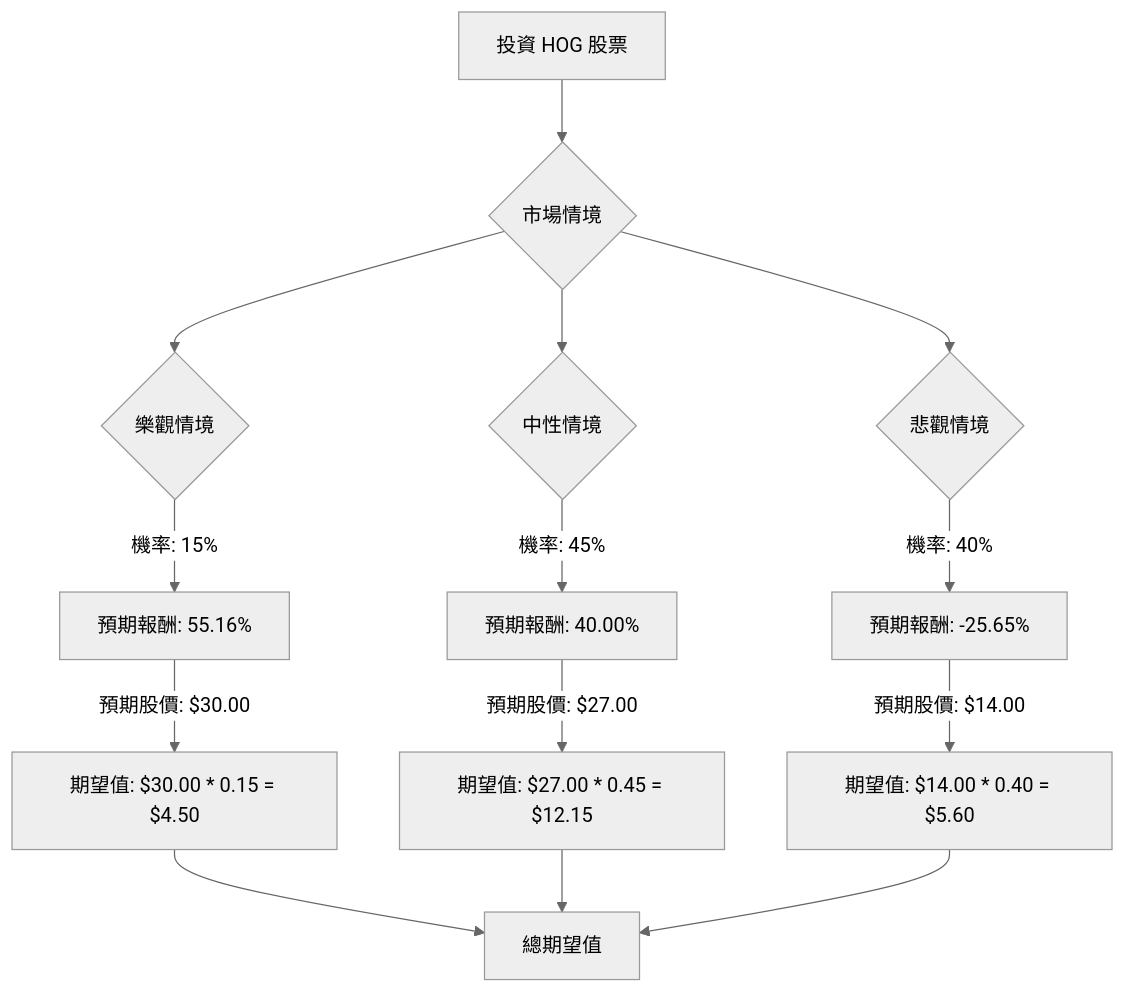
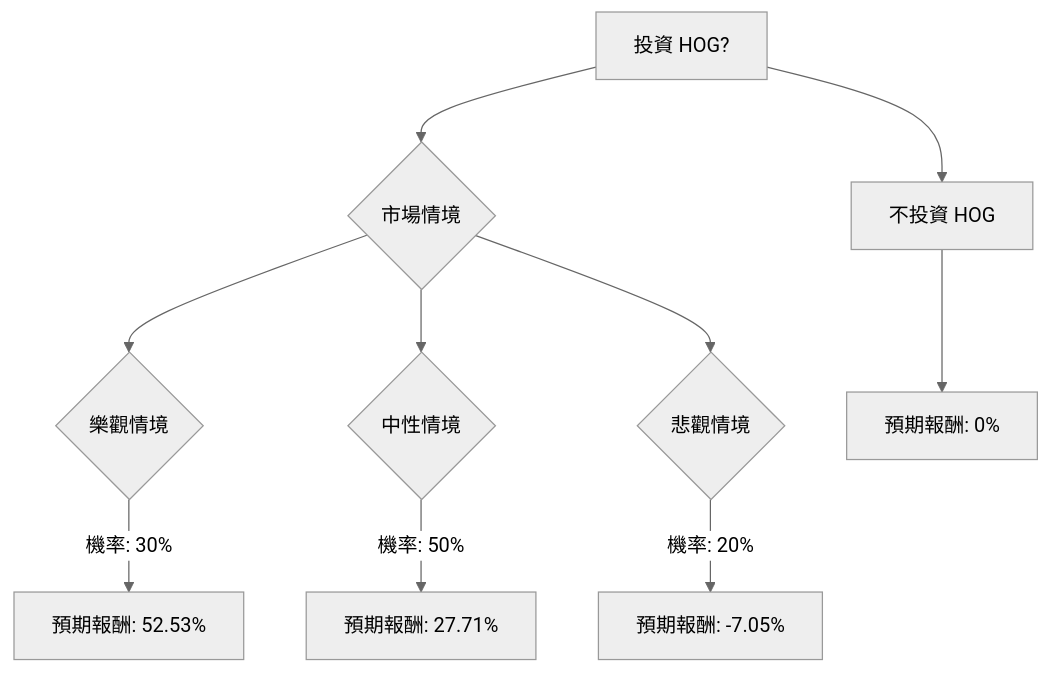
Before and after one commit to zmcx16/zmcx16.github.io: the diagram in plugin-react/ai-analysis/ev-analysis/HOG.md, drawn with Mermaid (neutral theme). The commit also changed other lines of this file and 70 other files, not shown here.

````diff
--- a/plugin-react/ai-analysis/ev-analysis/HOG.md
+++ b/plugin-react/ai-analysis/ev-analysis/HOG.md
@@ -28,18 +37,16 @@
 ```mermaid
 graph TD
-    A[投資 HOG 股票] --> B{市場情境}
+    A[投資 HOG?] --> B{市場情境};
 
-    B --> C{樂觀情境}
-    C -- 機率: 15% --> C1[預期報酬: 55.16%]
-    C1 -- 預期股價: $30.00 --> C2[期望值: $30.00 * 0.15 = $4.50]
+    B --> C{樂觀情境};
+    C -- 機率: 30% --> C1[預期報酬: 52.53%];
 
-    B --> D{中性情境}
-    D -- 機率: 45% --> D1[預期報酬: 40.00%]
-    D1 -- 預期股價: $27.00 --> D2[期望值: $27.00 * 0.45 = $12.15]
+    B --> D{中性情境};
+    D -- 機率: 50% --> D1[預期報酬: 27.71%];
 
-    B --> E{悲觀情境}
-    E -- 機率: 40% --> E1[預期報酬: -25.65%]
-    E1 -- 預期股價: $14.00 --> E2[期望值: $14.00 * 0.40 = $5.60]
+    B --> E{悲觀情境};
+    E -- 機率: 20% --> E1[預期報酬: -7.05%];
 
-    C2 & D2 & E2 --> F[總期望值]
+    A --> F[不投資 HOG];
+    F --> F1[預期報酬: 0%];
 ```
````
